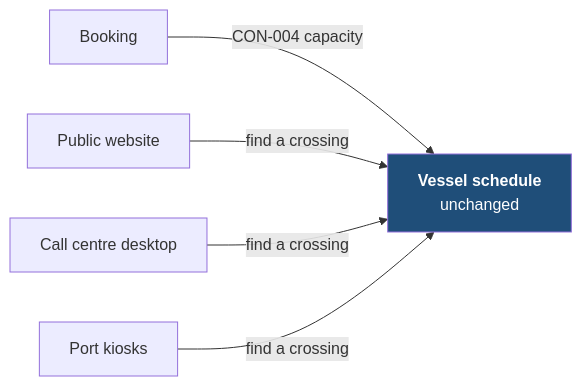
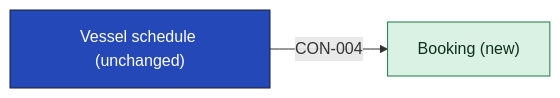
Before and after one commit to smalls257/vela: the diagram in examples/unified-booking/05-building-blocks/vessel-schedule-building-blocks.md, drawn with Mermaid. The commit also changed other lines of this file and 21 other files, not shown here.

First line of the commit message:
Draw context, system and app diagrams from the contracts

````diff
--- a/examples/unified-booking/05-building-blocks/vessel-schedule-building-blocks.md
+++ b/examples/unified-booking/05-building-blocks/vessel-schedule-building-blocks.md
@@ -27,14 +28,10 @@
 ```mermaid
 flowchart LR
-  bk["Booking"]
-  web["Public website"]
-  cc["Call centre desktop"]
-  kio["Port kiosks"]
-  vs["<b>Vessel schedule</b><br/>unchanged"]
-  bk -->|"CON-004 capacity"| vs
-  web -->|"find a crossing"| vs
-  cc -->|"find a crossing"| vs
-  kio -->|"find a crossing"| vs
-  classDef focus fill:#1f4e79,color:#fff
-  class vs focus
+  n_APP_booking["Booking (new)"]
+  n_APP_vessel_schedule["Vessel schedule (unchanged)"]
+  n_APP_vessel_schedule -->|"CON-004"| n_APP_booking
+  classDef focus fill:#2448b8,stroke:#19212d,color:#ffffff
+  classDef new fill:#d9f2e3,stroke:#1e7a46,color:#10301d
+  class n_APP_vessel_schedule focus
+  class n_APP_booking new
 ```
````
